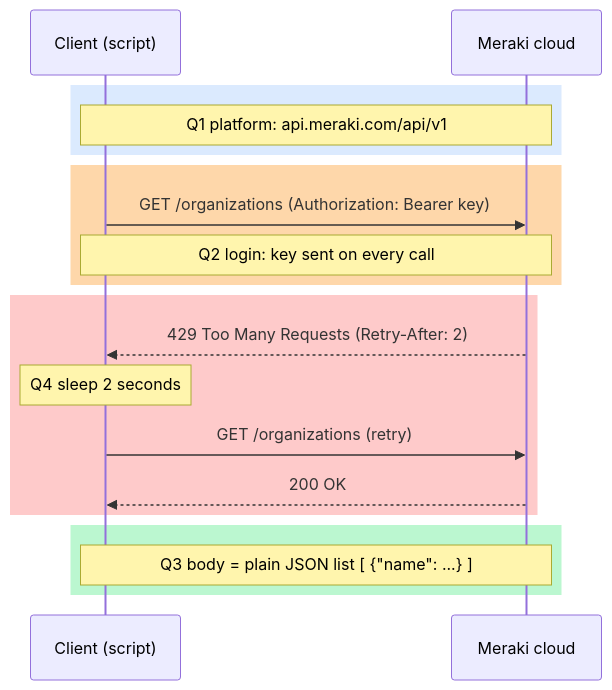
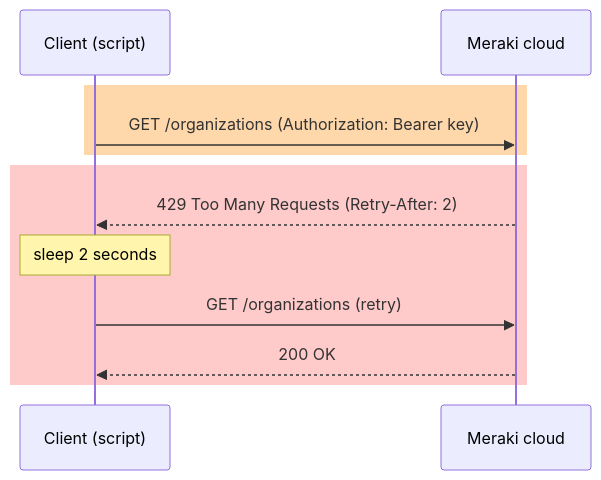
The first of 5 diagrams in bob-essentials/T51-summary-examples-rest-and-dict-parsing.md (beedydo/ccna-auto-study-notes), drawn with Mermaid before and after one commit. The commit also changed other lines of this file, not shown here.

Commit message:
T51 essentials: remove Q labels from Example 3 diagrams

````diff
--- a/bob-essentials/T51-summary-examples-rest-and-dict-parsing.md
+++ b/bob-essentials/T51-summary-examples-rest-and-dict-parsing.md
@@ -184,21 +184,14 @@
 ```mermaid
 sequenceDiagram
     participant C as Client (script)
     participant S as Meraki cloud
-    rect rgb(219,234,254)
-    Note over C,S: Q1 platform: api.meraki.com/api/v1
-    end
     rect rgb(254,215,170)
     C->>S: GET /organizations (Authorization: Bearer key)
-    Note over C,S: Q2 login: key sent on every call
     end
     rect rgb(254,202,202)
     S-->>C: 429 Too Many Requests (Retry-After: 2)
-    Note over C: Q4 sleep 2 seconds
+    Note over C: sleep 2 seconds
     C->>S: GET /organizations (retry)
     S-->>C: 200 OK
     end
-    rect rgb(187,247,208)
-    Note over C,S: Q3 body = plain JSON list [ {"name": ...} ]
-    end
 ```
````
